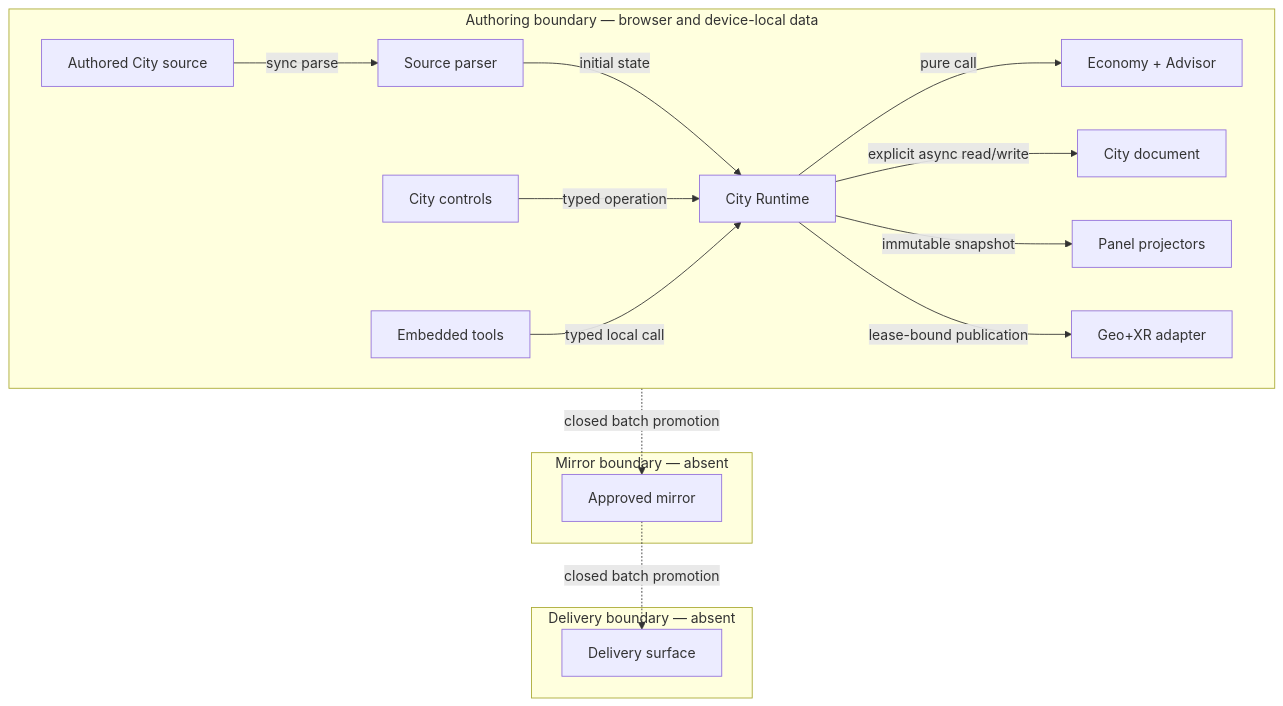
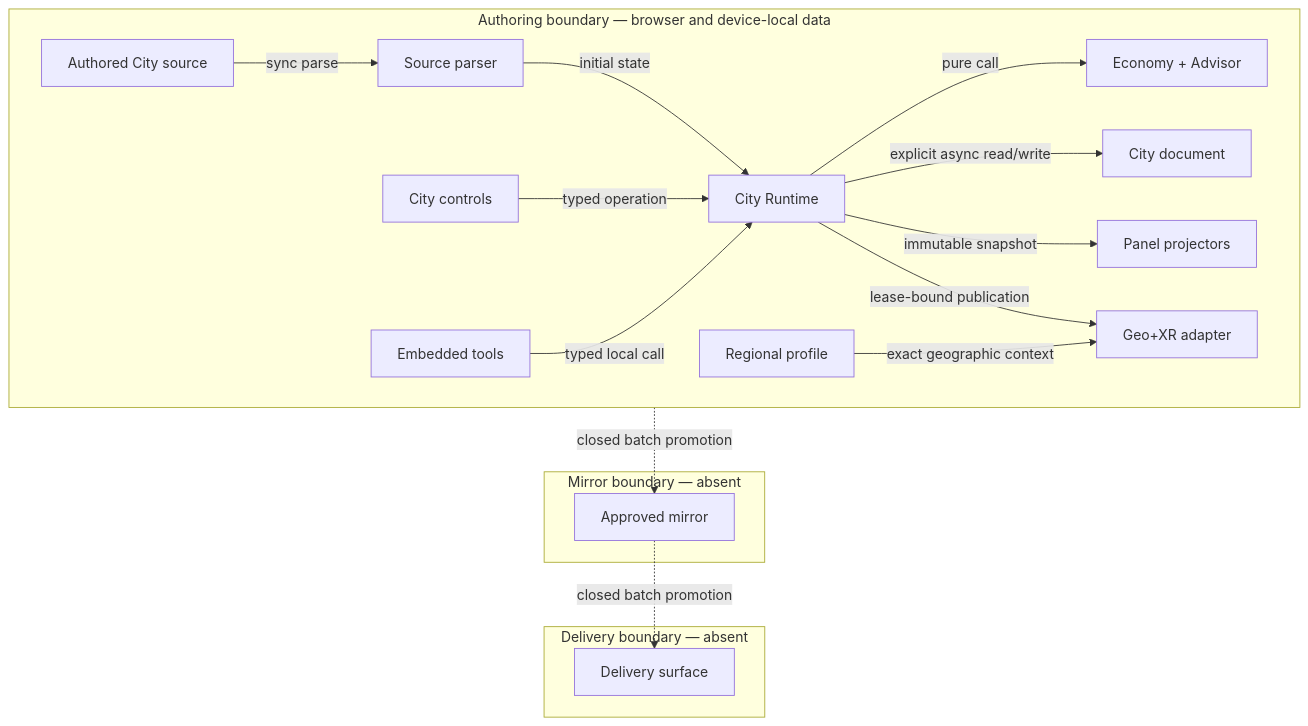
One commit to huijoohwee/agentic-graph changed the second of 2 diagrams in docs/documents/knowgrph-game-city-building-sim-prd-tad-ard.md. Above: the diagram before and after it, drawn with Mermaid. The commit also changed other lines of this file and 39 other files, not shown here.

````diff
--- a/docs/documents/knowgrph-game-city-building-sim-prd-tad-ard.md
+++ b/docs/documents/knowgrph-game-city-building-sim-prd-tad-ard.md
@@ -230,21 +233,22 @@
 ```mermaid
 flowchart TB
   subgraph A["Authoring boundary — browser and device-local data"]
     Source["Authored City source"] -->|sync parse| Parser["Source parser"]
     Parser -->|initial state| Runtime["City Runtime"]
     Controls["City controls"] -->|typed operation| Runtime
     Tools["Embedded tools"] -->|typed local call| Runtime
     Runtime -->|pure call| Logic["Economy + Advisor"]
     Runtime -->|explicit async read/write| Store["City document"]
     Runtime -->|immutable snapshot| Panels["Panel projectors"]
+    Profile["Regional profile"] -->|exact geographic context| Surface
     Runtime -->|lease-bound publication| Surface["Geo+XR adapter"]
   end
   subgraph M["Mirror boundary — absent"]
     Mirror["Approved mirror"]
   end
   subgraph D["Delivery boundary — absent"]
     Delivery["Delivery surface"]
   end
   A -. "closed batch promotion" .-> Mirror
   Mirror -. "closed batch promotion" .-> Delivery
 ```
````
